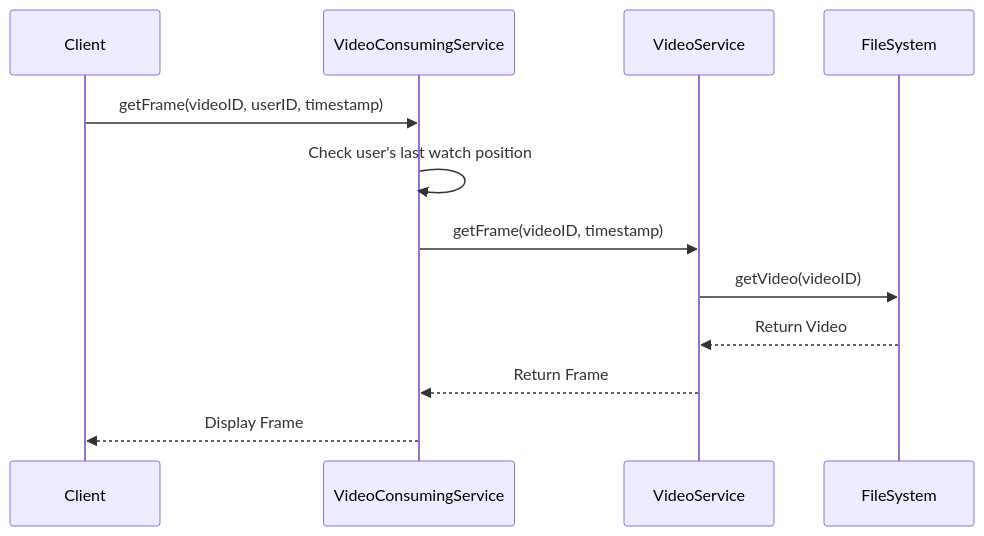
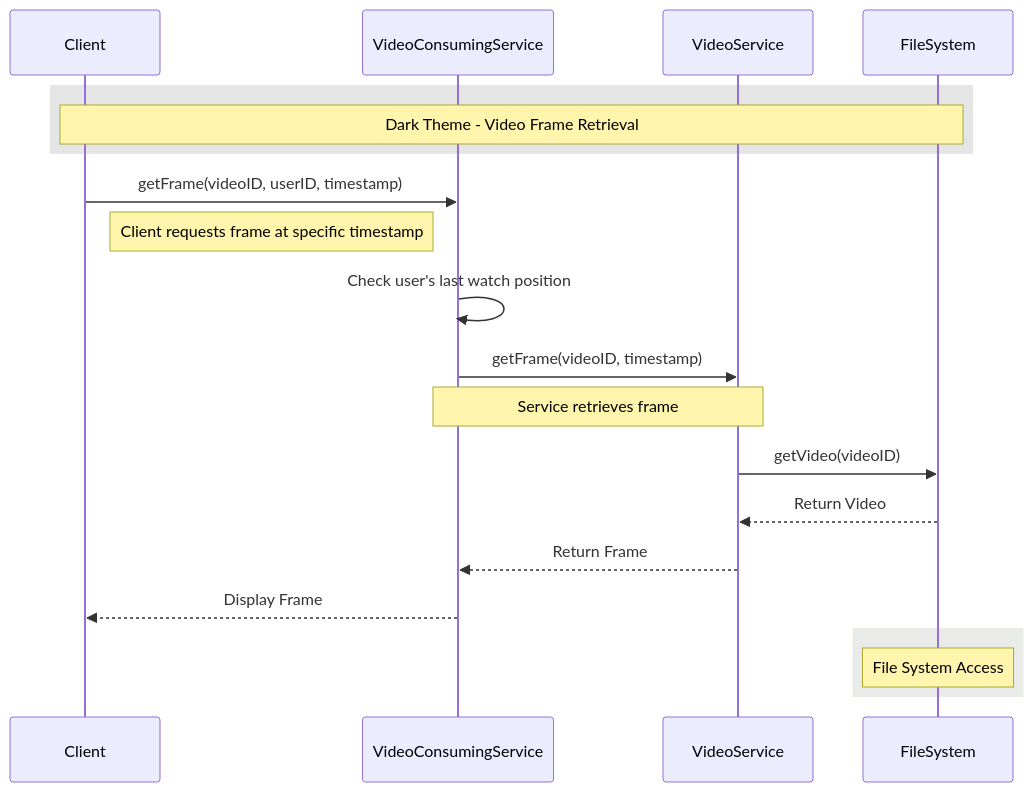
The third of 3 diagrams in Video-Player/Code/README.md (Shree2604/LL-System-Design), drawn with Mermaid before and after one commit. The commit also changed other lines of this file and 3 other files, not shown here.

````diff
--- a/Video-Player/Code/README.md
+++ b/Video-Player/Code/README.md
@@ -118,15 +131,30 @@
 ```mermaid
 sequenceDiagram
+    %% Styling for dark theme
     participant C as Client
     participant VCS as VideoConsumingService
     participant VS as VideoService
     participant FS as FileSystem
     
+    %% Set participant colors
+    rect rgba(0, 0, 0, 0.1)
+    Note over C,FS: Dark Theme - Video Frame Retrieval
+    end
+    
     C->>VCS: getFrame(videoID, userID, timestamp)
+    Note right of C: Client requests frame at specific timestamp
+    
     VCS->>VCS: Check user's last watch position
     VCS->>VS: getFrame(videoID, timestamp)
+    Note over VCS,VS: Service retrieves frame
+    
     VS->>FS: getVideo(videoID)
     FS-->>VS: Return Video
     VS-->>VCS: Return Frame
     VCS-->>C: Display Frame
+    
+    %% Styling
+    rect rgba(30, 58, 26, 0.1)
+    Note over FS: File System Access
+    end
 ```
````
